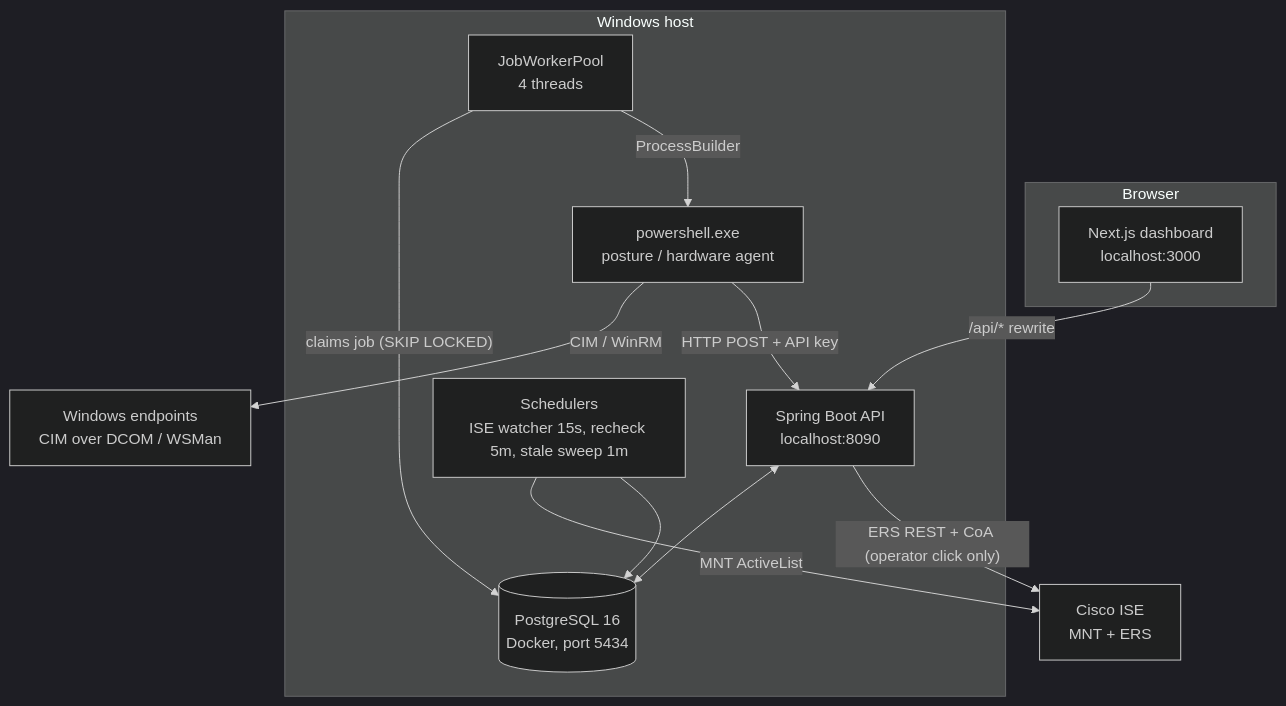
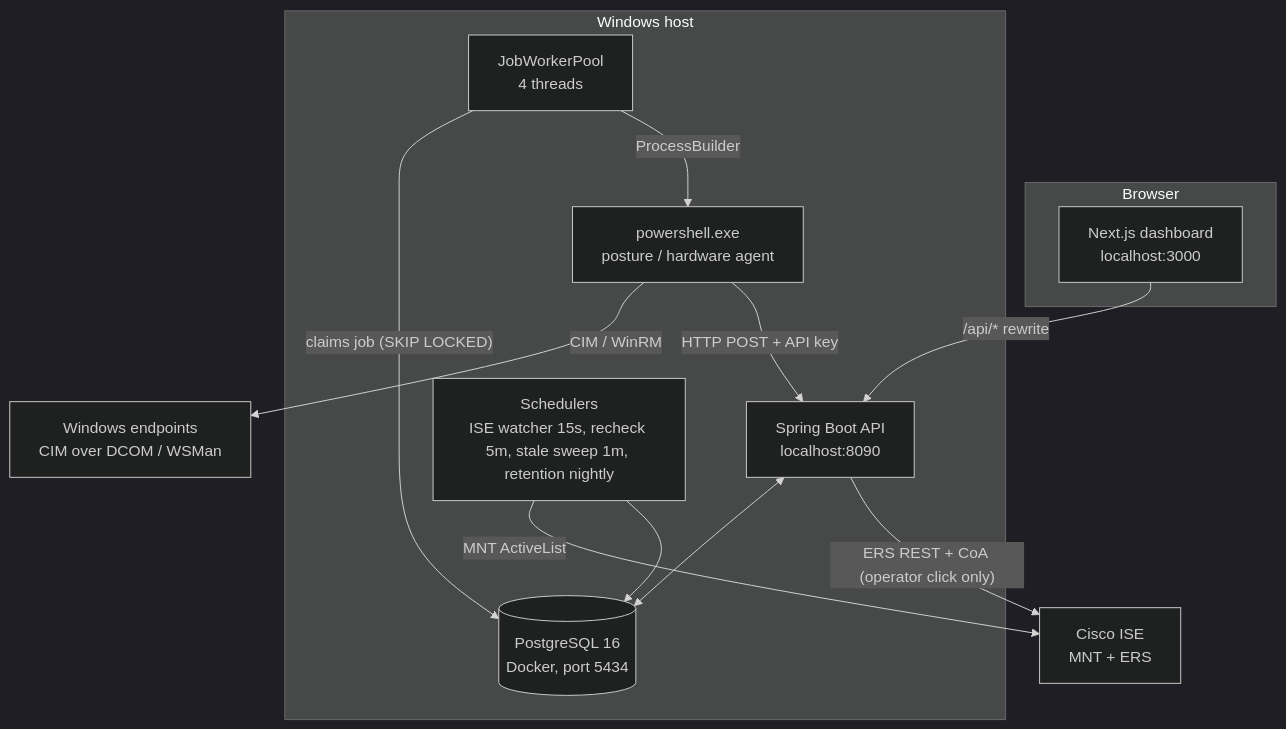
One commit to majordevbhargav/Endpoint-Posture-Java changed the diagram in Doc/PROJECT_COMPLETE_GUIDE.md. Above: the diagram before and after it, drawn with Mermaid (dark theme). The commit also changed other lines of this file and 14 other files, not shown here.

````diff
--- a/Doc/PROJECT_COMPLETE_GUIDE.md
+++ b/Doc/PROJECT_COMPLETE_GUIDE.md
@@ -59,25 +59,25 @@
 ```mermaid
 flowchart TD
     subgraph Browser
         FE["Next.js dashboard<br/>localhost:3000"]
     end
     subgraph Host["Windows host"]
         API["Spring Boot API<br/>localhost:8090"]
         POOL["JobWorkerPool<br/>4 threads"]
-        SCHED["Schedulers<br/>ISE watcher 15s, recheck 5m, stale sweep 1m"]
+        SCHED["Schedulers<br/>ISE watcher 15s, recheck 5m, stale sweep 1m, retention nightly"]
         PS["powershell.exe<br/>posture / hardware agent"]
         DB[("PostgreSQL 16<br/>Docker, port 5434")]
     end
     ISE["Cisco ISE<br/>MNT + ERS"]
     EP["Windows endpoints<br/>CIM over DCOM / WSMan"]
 
     FE -- "/api/* rewrite" --> API
     API <--> DB
     SCHED -- "MNT ActiveList" --> ISE
     SCHED --> DB
     POOL -- "claims job (SKIP LOCKED)" --> DB
     POOL -- "ProcessBuilder" --> PS
     PS -- "CIM / WinRM" --> EP
     PS -- "HTTP POST + API key" --> API
     API -- "ERS REST + CoA (operator click only)" --> ISE
 ```
````
